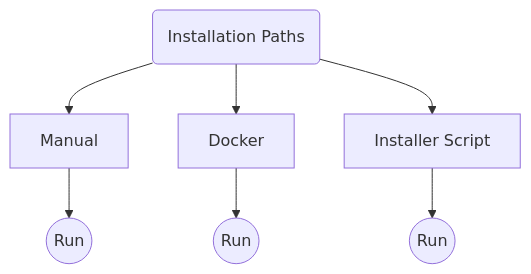
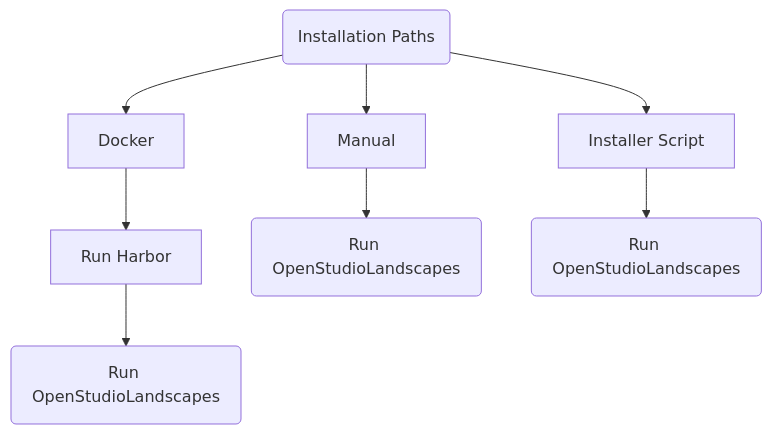
Before and after one commit to michimussato/OpenStudioLandscapes: the diagram in wiki/installation/overview.md, drawn with Mermaid. The commit also changed other lines of this file, not shown here.

Commit message:
refactor

````diff
--- a/wiki/installation/overview.md
+++ b/wiki/installation/overview.md
@@ -11,23 +11,26 @@
 ```mermaid
 graph TB
     installation_paths(Installation Paths)
     manual[Manual]
     click manual href "https://github.com/michimussato/OpenStudioLandscapes/blob/main/wiki/installation/basic_installation.md#basic-installation"
     docker[Docker]
     click docker href "https://github.com/michimussato/OpenStudioLandscapes/blob/main/wiki/installation/basic_installation_from_script.md"
     installer_script[Installer Script]
     click docker href "https://github.com/michimussato/OpenStudioLandscapes/blob/main/wiki/installation/basic_installation_from_script.md"
     installation_paths --> manual
     installation_paths --> docker
     installation_paths --> installer_script
     
-    run_manual((Run))
+    run_harbor_docker[Run Harbor]
+    click run_harbor_docker href "https://github.com/michimussato/OpenStudioLandscapes/blob/main/wiki/run/run_harbor.md#up"
+    
+    run_manual(Run OpenStudioLandscapes)
     %% click run_docker href ""
-    run_docker((Run))
+    run_docker(Run OpenStudioLandscapes)
     click run_docker href "https://github.com/michimussato/OpenStudioLandscapes/blob/main/wiki/run_openstudiolandscapes/from_docker_image.md"
-    run_installer((Run))
+    run_installer(Run OpenStudioLandscapes)
     %% click run_docker href ""
     manual --> run_manual
-    docker --> run_docker
+    docker --> run_harbor_docker --> run_docker
     installer_script --> run_installer
 ```
````
